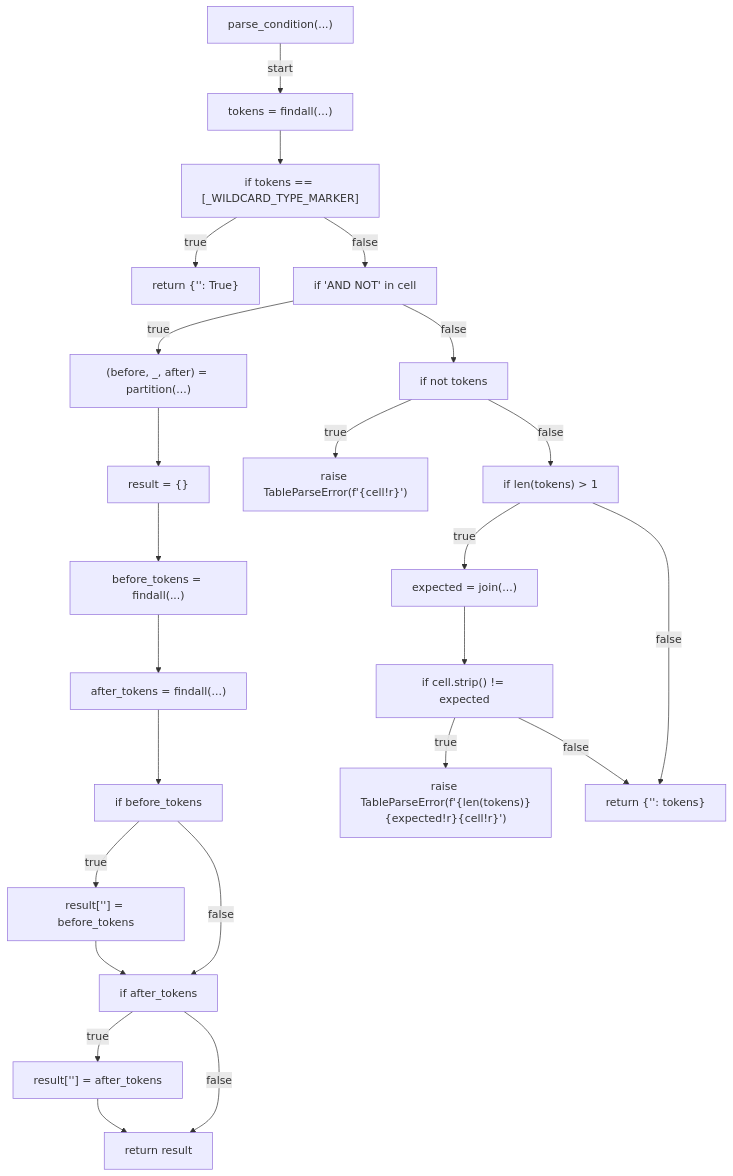
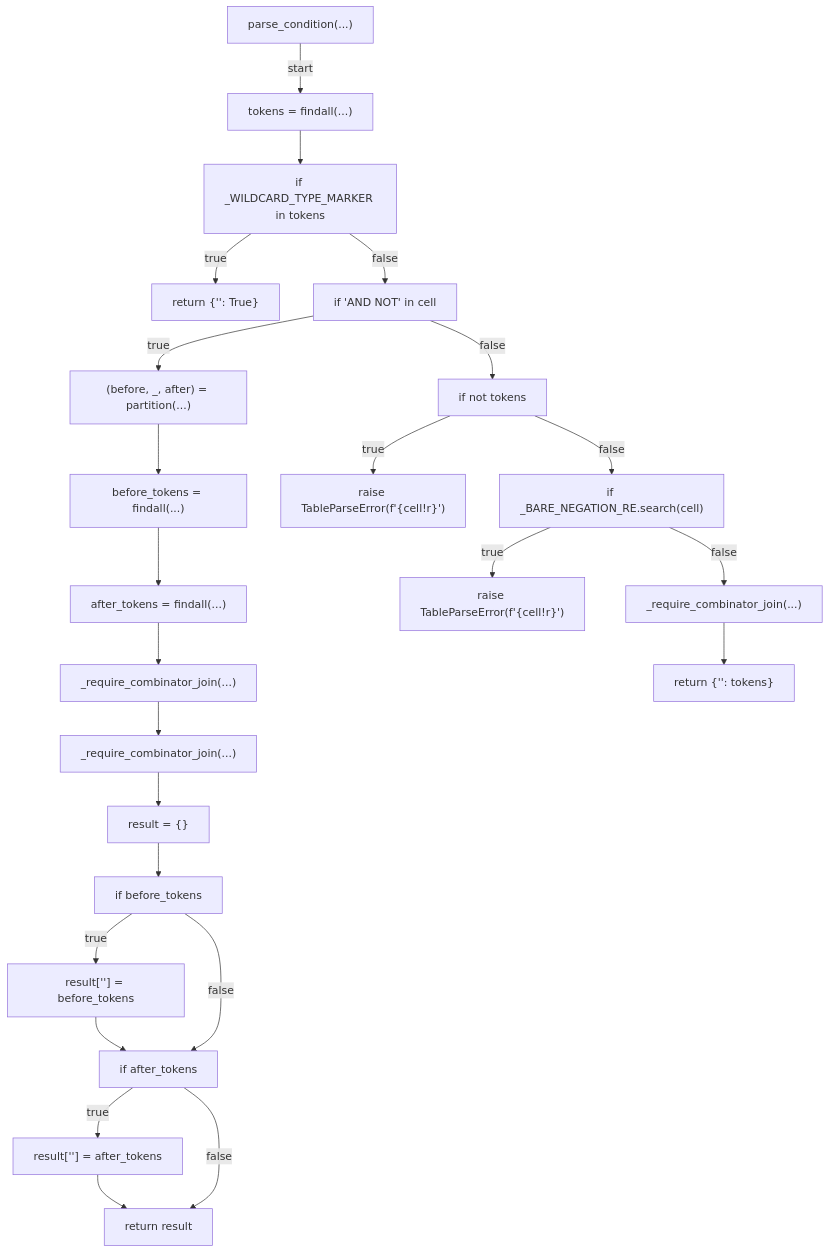
Before and after one commit to tvna/claude-md: the fourth of 12 diagrams in docs/generated/scripts/ast/scan_routing_table_drift.md, drawn with Mermaid. The commit also changed other lines of this file and 1 other file, not shown here.

First line of the commit message:
docs(generated): regenerate decision tree and workflow diagrams

````diff
--- a/docs/generated/scripts/ast/scan_routing_table_drift.md
+++ b/docs/generated/scripts/ast/scan_routing_table_drift.md
@@ -61,47 +88,48 @@
 ```mermaid
 flowchart TD
     N001["parse_condition(...)"]
     N002["tokens = findall(...)"]
-    N003["if tokens == [_WILDCARD_TYPE_MARKER]"]
+    N003["if _WILDCARD_TYPE_MARKER in tokens"]
     N004["return {'<str>': True}"]
     N005["if 'AND NOT' in cell"]
     N006["(before, _, after) = partition(...)"]
-    N007["result = {}"]
-    N008["before_tokens = findall(...)"]
-    N009["after_tokens = findall(...)"]
-    N010["if before_tokens"]
-    N011["result['<str>'] = before_tokens"]
-    N012["if after_tokens"]
-    N013["result['<str>'] = after_tokens"]
-    N014["return result"]
-    N015["if not tokens"]
-    N016["raise TableParseError(f'<str>{cell!r}')"]
-    N017["if len(tokens) > 1"]
-    N018["expected = join(...)"]
-    N019["if cell.strip() != expected"]
-    N020["raise TableParseError(f'<str>{len(tokens)}<str>{expected!r}<str>{cell!r}')"]
-    N021["return {'<str>': tokens}"]
+    N007["before_tokens = findall(...)"]
+    N008["after_tokens = findall(...)"]
+    N009["_require_combinator_join(...)"]
+    N010["_require_combinator_join(...)"]
+    N011["result = {}"]
+    N012["if before_tokens"]
+    N013["result['<str>'] = before_tokens"]
+    N014["if after_tokens"]
+    N015["result['<str>'] = after_tokens"]
+    N016["return result"]
+    N017["if not tokens"]
+    N018["raise TableParseError(f'<str>{cell!r}')"]
+    N019["if _BARE_NEGATION_RE.search(cell)"]
+    N020["raise TableParseError(f'<str>{cell!r}')"]
+    N021["_require_combinator_join(...)"]
+    N022["return {'<str>': tokens}"]
     N001 -->|"start"| N002
     N002 --> N003
     N003 -->|"true"| N004
     N003 -->|"false"| N005
     N005 -->|"true"| N006
     N006 --> N007
     N007 --> N008
     N008 --> N009
     N009 --> N010
-    N010 -->|"true"| N011
+    N010 --> N011
     N011 --> N012
-    N010 -->|"false"| N012
     N012 -->|"true"| N013
     N013 --> N014
     N012 -->|"false"| N014
-    N005 -->|"false"| N015
-    N015 -->|"true"| N016
-    N015 -->|"false"| N017
+    N014 -->|"true"| N015
+    N015 --> N016
+    N014 -->|"false"| N016
+    N005 -->|"false"| N017
     N017 -->|"true"| N018
-    N018 --> N019
+    N017 -->|"false"| N019
     N019 -->|"true"| N020
     N019 -->|"false"| N021
-    N017 -->|"false"| N021
+    N021 --> N022
 ```
````
